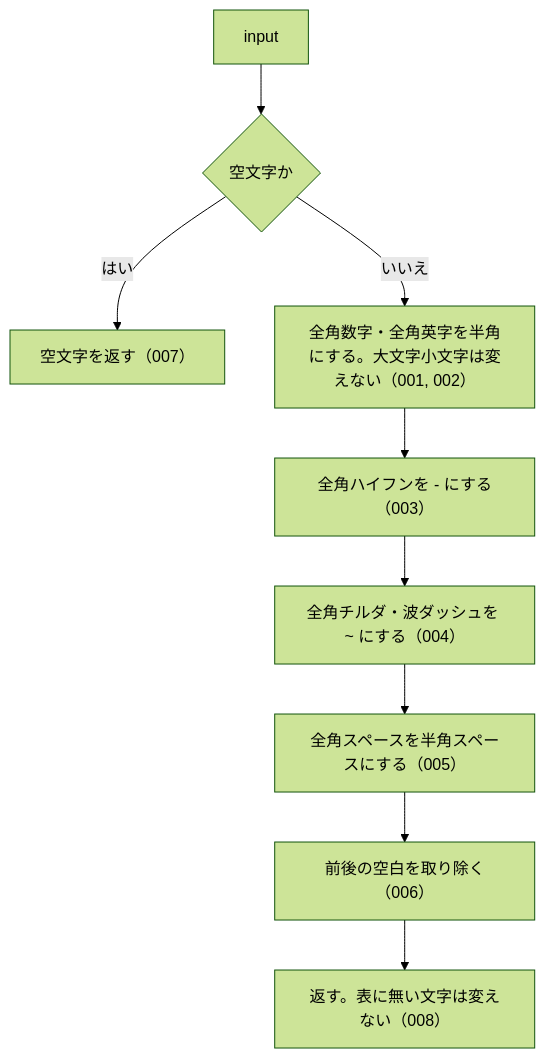
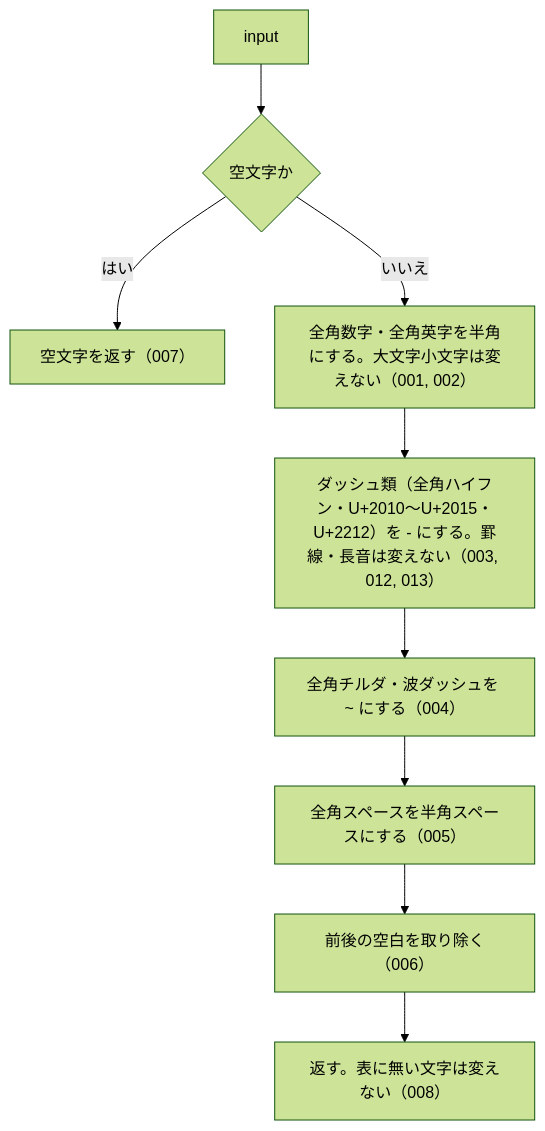
One commit to shuji-bonji/houki-abbreviations changed the diagram in specs/current/normalize_jp_text/spec.md. Above: the diagram before and after it, drawn with Mermaid (forest theme). The commit also changed other lines of this file and 51 other files, not shown here.

````diff
--- a/specs/current/normalize_jp_text/spec.md
+++ b/specs/current/normalize_jp_text/spec.md
@@ -42,11 +44,11 @@
 ```mermaid
 flowchart TD
   A["input"] --> B{"空文字か"}
   B -- はい --> R0["空文字を返す（007）"]
   B -- いいえ --> C["全角数字・全角英字を半角にする。大文字小文字は変えない（001, 002）"]
-  C --> D["全角ハイフンを - にする（003）"]
+  C --> D["ダッシュ類（全角ハイフン・U+2010〜U+2015・U+2212）を - にする。罫線・長音は変えない（003, 012, 013）"]
   D --> E["全角チルダ・波ダッシュを ~ にする（004）"]
   E --> F["全角スペースを半角スペースにする（005）"]
   F --> G["前後の空白を取り除く（006）"]
   G --> R["返す。表に無い文字は変えない（008）"]
 ```
````
